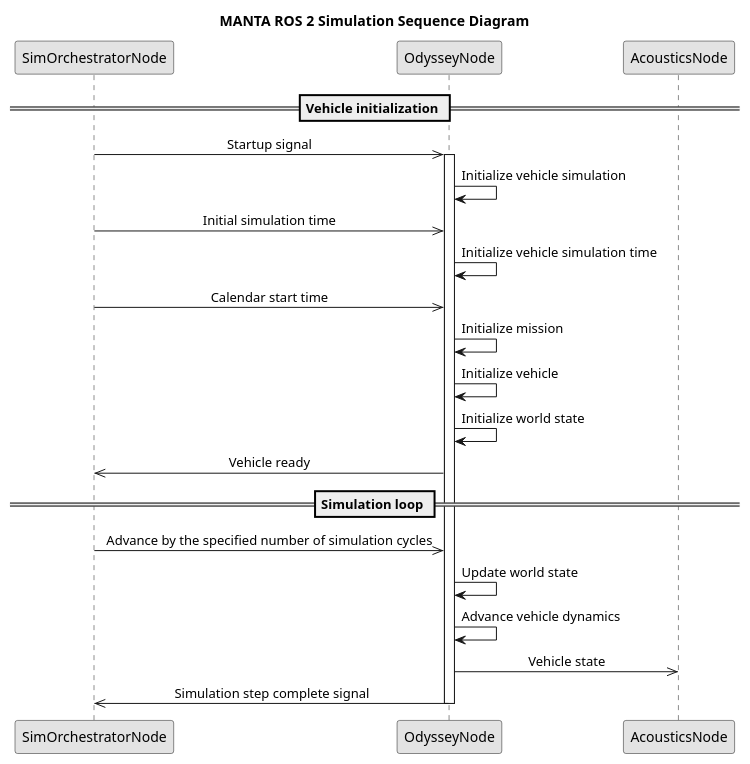
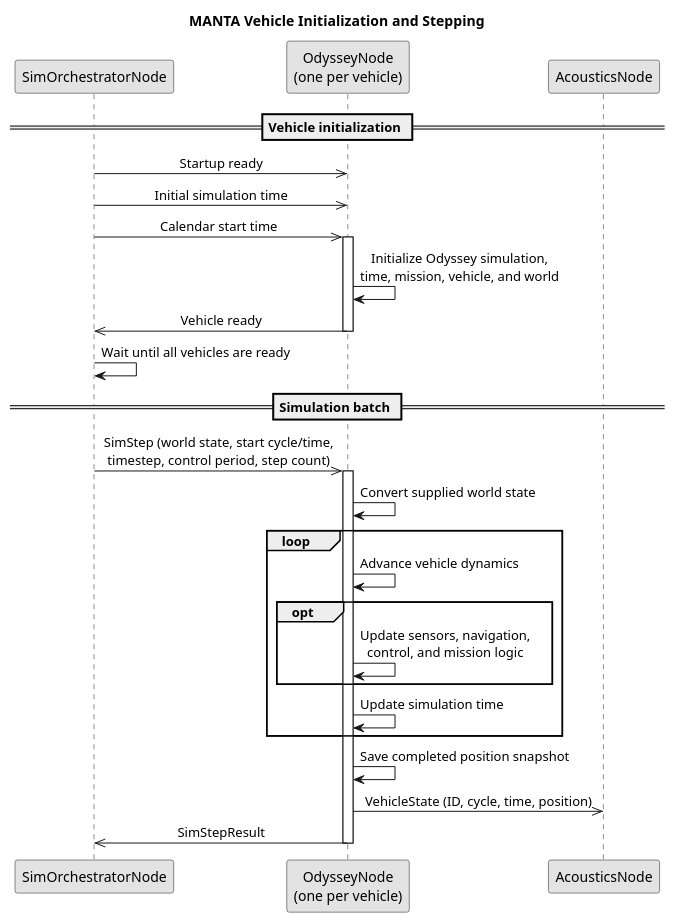
Before and after one commit to Tebcherani/MANTA: the diagram in components/manta_odyssey/docs/odyssey_sequence.puml, drawn with PlantUML. The commit also changed 6 other files, not shown here.

```diff
--- a/components/manta_odyssey/docs/odyssey_sequence.puml
+++ b/components/manta_odyssey/docs/odyssey_sequence.puml
@@ -1,35 +1,45 @@
 @startuml
-title MANTA ROS 2 Simulation Sequence Diagram
+title MANTA Vehicle Initialization and Stepping
 
 skinparam monochrome true
 skinparam shadowing false
 skinparam sequenceMessageAlign center
 skinparam responseMessageBelowArrow true
 
 participant "SimOrchestratorNode" as Orchestrator
-participant "OdysseyNode" as Odyssey
+participant "OdysseyNode\n(one per vehicle)" as Odyssey
 participant "AcousticsNode" as Detection
 
 == Vehicle initialization ==
 
-Orchestrator ->> Odyssey : Startup signal
+Orchestrator ->> Odyssey : Startup ready
+Orchestrator ->> Odyssey : Initial simulation time
+Orchestrator ->> Odyssey : Calendar start time
+
 activate Odyssey
-Odyssey -> Odyssey : Initialize vehicle simulation
-Orchestrator ->> Odyssey : Initial simulation time
-Odyssey -> Odyssey : Initialize vehicle simulation time
-Orchestrator ->> Odyssey : Calendar start time
-Odyssey -> Odyssey : Initialize mission
-Odyssey -> Odyssey : Initialize vehicle
-Odyssey -> Odyssey : Initialize world state
+Odyssey -> Odyssey : Initialize Odyssey simulation,\ntime, mission, vehicle, and world
 Odyssey ->> Orchestrator : Vehicle ready
+deactivate Odyssey
 
-== Simulation loop ==
+Orchestrator -> Orchestrator : Wait until all vehicles are ready
 
-Orchestrator ->> Odyssey : Advance by the specified number of simulation cycles
-Odyssey -> Odyssey : Update world state
-Odyssey -> Odyssey : Advance vehicle dynamics
-Odyssey ->> Detection : Vehicle state
-Odyssey ->> Orchestrator : Simulation step complete signal
+== Simulation batch ==
+
+Orchestrator ->> Odyssey : SimStep (world state, start cycle/time,\ntimestep, control period, step count)
+activate Odyssey
+Odyssey -> Odyssey : Convert supplied world state
+
+loop
+    Odyssey -> Odyssey : Advance vehicle dynamics
+    opt
+        Odyssey -> Odyssey : Update sensors, navigation,\ncontrol, and mission logic
+    end
+    Odyssey -> Odyssey : Update simulation time
+end
+
+Odyssey -> Odyssey : Save completed position snapshot
+Odyssey ->> Detection : VehicleState (ID, cycle, time, position)
+Odyssey ->> Orchestrator : SimStepResult
 deactivate Odyssey
 
 @enduml
```
